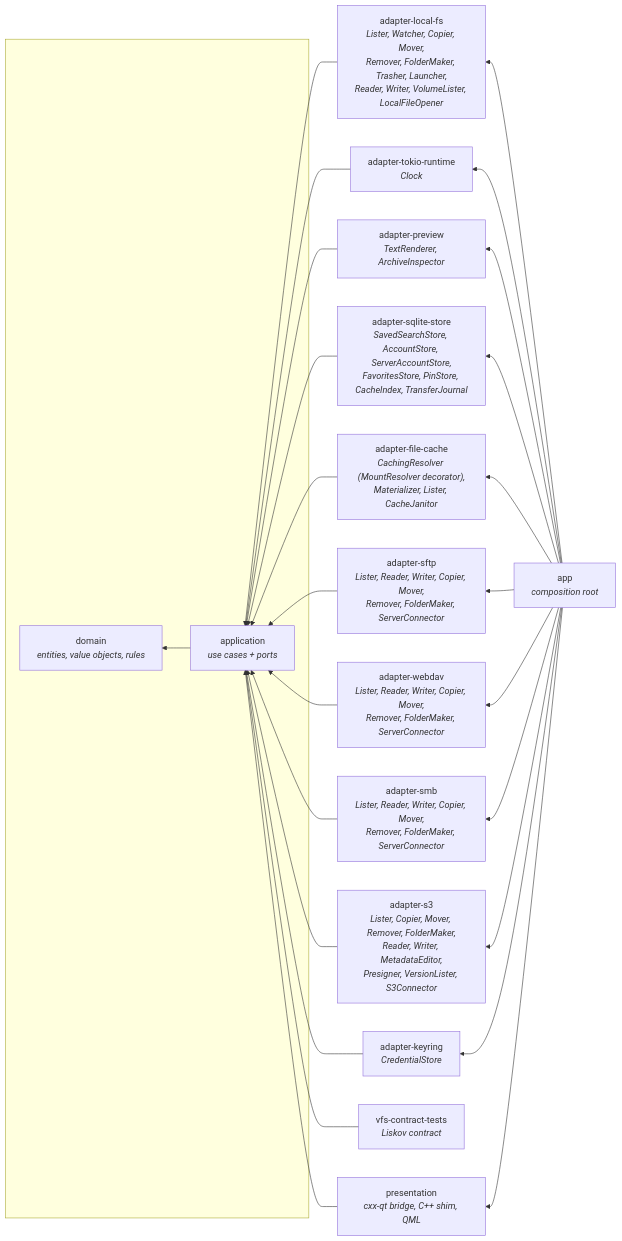
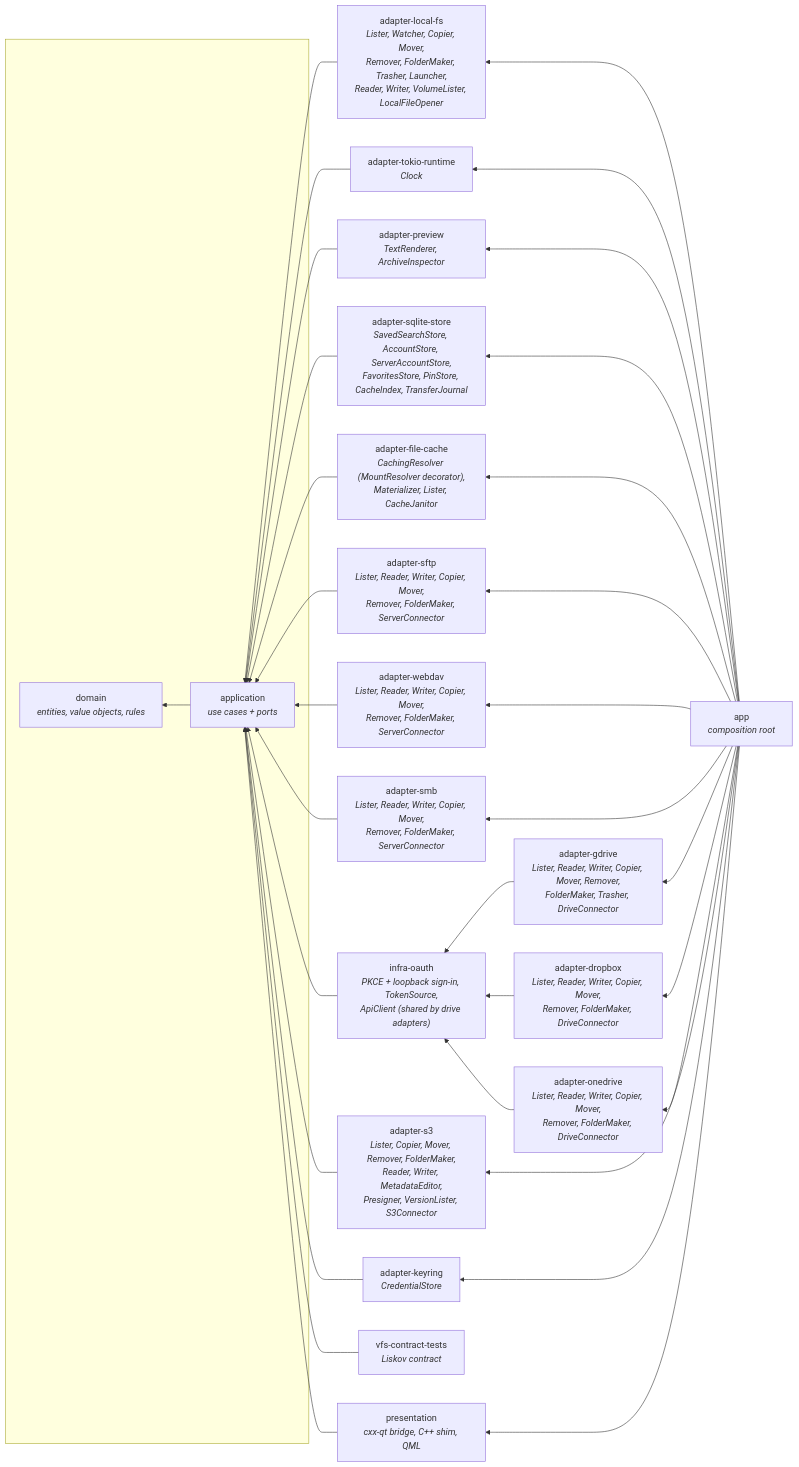
The diagram in docs/architecture.md (gustaavik/findermaxxing), drawn with Mermaid before and after one commit. The commit also changed other lines of this file and 60 other files, not shown here.

First line of the commit message:
feat: implement mock cloud server with OAuth and API handling

````diff
--- a/docs/architecture.md
+++ b/docs/architecture.md
@@ -5,33 +6,40 @@
 ```mermaid
 flowchart RL
     subgraph core[" "]
         domain["domain<br/><i>entities, value objects, rules</i>"]
         application["application<br/><i>use cases + ports</i>"]
     end
     application --> domain
 
     local["adapter-local-fs<br/><i>Lister, Watcher, Copier, Mover,<br/>Remover, FolderMaker, Trasher, Launcher,<br/>Reader, Writer, VolumeLister, LocalFileOpener</i>"] --> application
     tokio_rt["adapter-tokio-runtime<br/><i>Clock</i>"] --> application
     preview["adapter-preview<br/><i>TextRenderer, ArchiveInspector</i>"] --> application
     store["adapter-sqlite-store<br/><i>SavedSearchStore, AccountStore, ServerAccountStore,<br/>FavoritesStore, PinStore, CacheIndex, TransferJournal</i>"] --> application
     cache["adapter-file-cache<br/><i>CachingResolver (MountResolver decorator),<br/>Materializer, Lister, CacheJanitor</i>"] --> application
     sftp["adapter-sftp<br/><i>Lister, Reader, Writer, Copier, Mover,<br/>Remover, FolderMaker, ServerConnector</i>"] --> application
     webdav["adapter-webdav<br/><i>Lister, Reader, Writer, Copier, Mover,<br/>Remover, FolderMaker, ServerConnector</i>"] --> application
     smb["adapter-smb<br/><i>Lister, Reader, Writer, Copier, Mover,<br/>Remover, FolderMaker, ServerConnector</i>"] --> application
+    oauth["infra-oauth<br/><i>PKCE + loopback sign-in, TokenSource,<br/>ApiClient (shared by drive adapters)</i>"] --> application
+    gdrive["adapter-gdrive<br/><i>Lister, Reader, Writer, Copier, Mover, Remover,<br/>FolderMaker, Trasher, DriveConnector</i>"] --> oauth
+    dropbox["adapter-dropbox<br/><i>Lister, Reader, Writer, Copier, Mover,<br/>Remover, FolderMaker, DriveConnector</i>"] --> oauth
+    onedrive["adapter-onedrive<br/><i>Lister, Reader, Writer, Copier, Mover,<br/>Remover, FolderMaker, DriveConnector</i>"] --> oauth
     s3["adapter-s3<br/><i>Lister, Copier, Mover, Remover, FolderMaker,<br/>Reader, Writer, MetadataEditor,<br/>Presigner, VersionLister, S3Connector</i>"] --> application
     keyring["adapter-keyring<br/><i>CredentialStore</i>"] --> application
     contract["vfs-contract-tests<br/><i>Liskov contract</i>"] --> application
     presentation["presentation<br/><i>cxx-qt bridge, C++ shim, QML</i>"] --> application
 
     app["app<br/><i>composition root</i>"] --> local
     app --> tokio_rt
     app --> preview
     app --> store
     app --> s3
     app --> keyring
     app --> cache
     app --> sftp
     app --> webdav
     app --> smb
+    app --> gdrive
+    app --> dropbox
+    app --> onedrive
     app --> presentation
 ```
````
